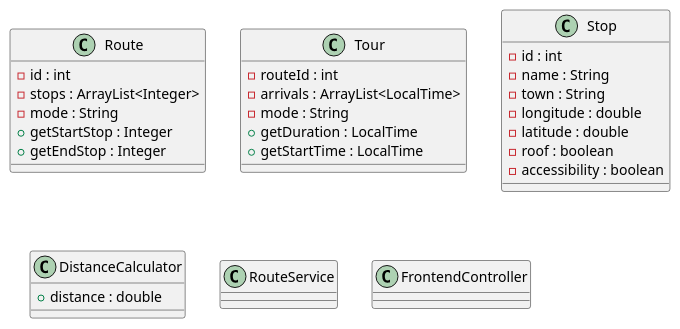
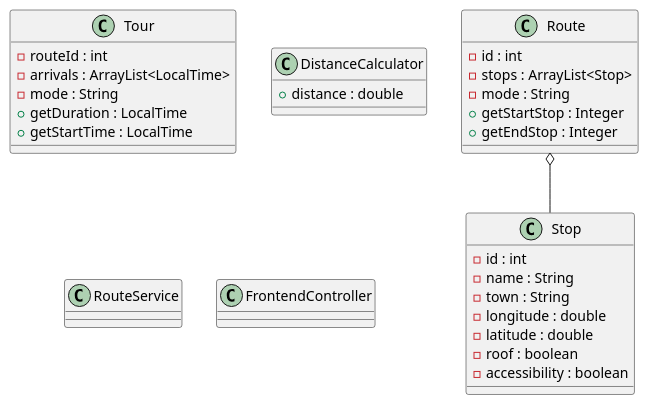
Before and after one commit to Wilbnil/SoftwareEngineering17---Kollektivtrafikk: the diagram in MainProject/diagram/MainProjectClassDiagram.puml, drawn with PlantUML. The commit also changed 4 other files, not shown here.

Commit message:
modified:   .idea/misc.xml modified:   MainProject/.idea/misc.xml modified:   MainProject/.idea/workspace.xml modified:   MainProject/diagram/MainProjectClassDiagram.puml modified:   MainProject/diagram/UserSearchSequenceChart.puml

```diff
--- a/MainProject/diagram/MainProjectClassDiagram.puml
+++ b/MainProject/diagram/MainProjectClassDiagram.puml
@@ -1,46 +1,50 @@
 @startuml
 'https://plantuml.com/class-diagram
 
 ' Modelklasser:
 class Route {
  - id : int
- - stops : ArrayList<Integer>
+ - stops : ArrayList<Stop>
  - mode : String
  + getStartStop : Integer
  + getEndStop : Integer
 }
 
 class Tour {
  - routeId : int
  - arrivals : ArrayList<LocalTime>
  - mode : String
  + getDuration : LocalTime
  + getStartTime : LocalTime
 }
 
 class Stop {
 - id : int
 - name : String
 - town : String
 - longitude : double
 - latitude : double
 - roof : boolean
 - accessibility : boolean
 }
 
 ' VerktøyKlasse
 class DistanceCalculator {
  + distance : double
 }
 ' Serviceklasse:
 
 class RouteService {
 
 }
 class FrontendController {
 
 }
 
 ' Grensesnittklasser:
 
+' Koblinger:
+Route o-- Stop
+
+
 @enduml
```
